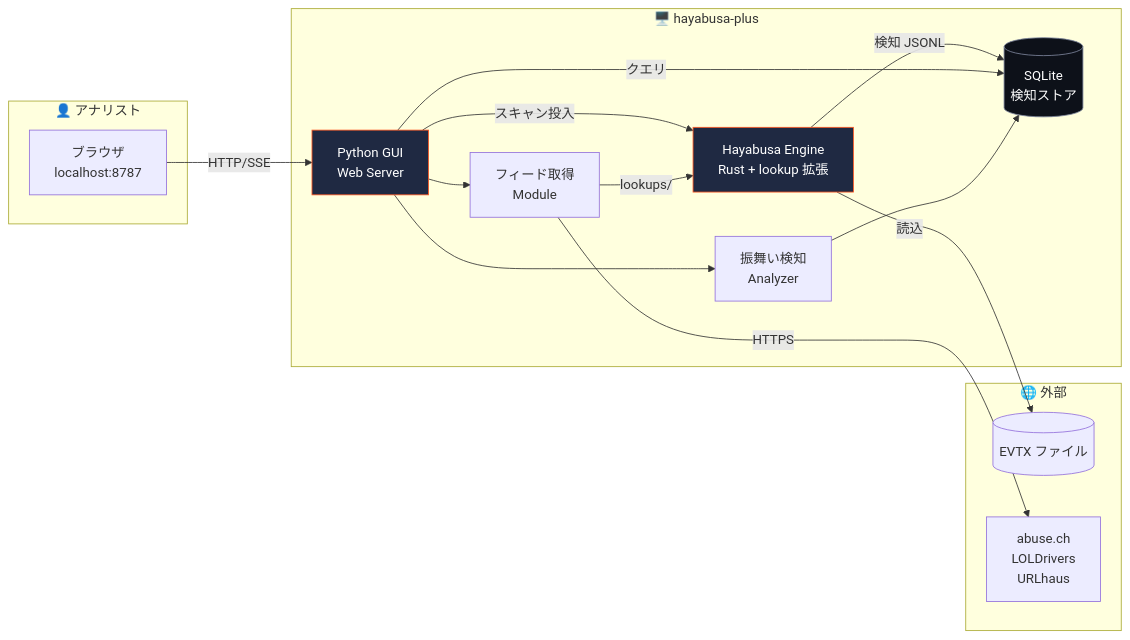
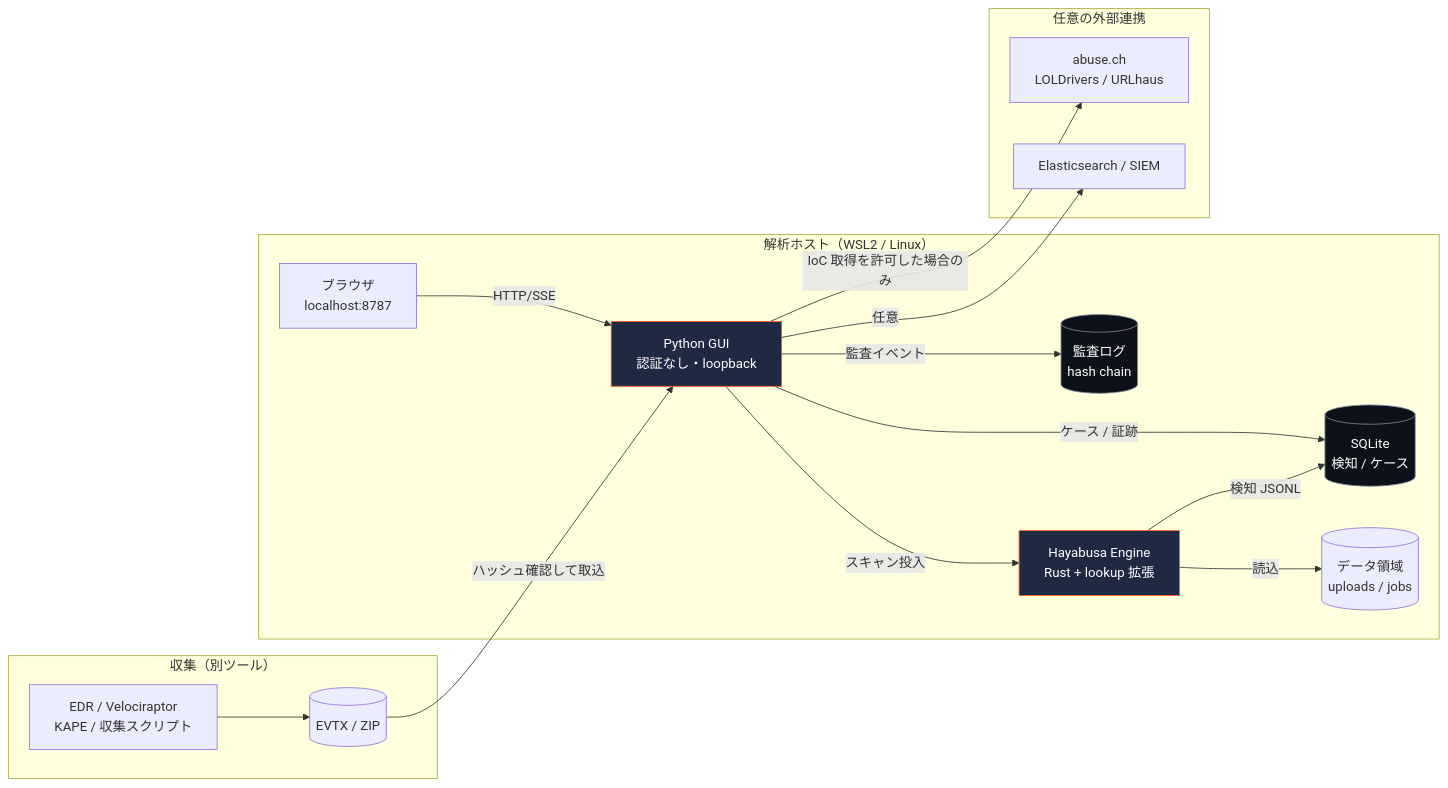
One commit to Assy2005/hayabusa-plus changed the diagram in README.md. Above: the diagram before and after it, drawn with Mermaid. The commit also changed other lines of this file and 116 other files, not shown here.

````diff
--- a/README.md
+++ b/README.md
@@ -98,34 +130,37 @@
 ```mermaid
 flowchart LR
-    subgraph User["👤 アナリスト"]
-        Browser[ブラウザ<br/>localhost:8787]
+    subgraph Collect["収集（別ツール）"]
+        EDR[EDR / Velociraptor<br/>KAPE / 収集スクリプト]
+        EVTX[(EVTX / ZIP)]
     end
 
-    subgraph App["🖥️ hayabusa-plus"]
-        GUI[Python GUI<br/>Web Server]
-        Store[(SQLite<br/>検知ストア)]
+    subgraph Host["解析ホスト（WSL2 / Linux）"]
+        Browser[ブラウザ<br/>localhost:8787]
+        GUI[Python GUI<br/>認証なし・loopback]
+        Store[(SQLite<br/>検知 / ケース)]
+        Audit[(監査ログ<br/>hash chain)]
         Engine[Hayabusa Engine<br/>Rust + lookup 拡張]
-        Behavioral[振舞い検知<br/>Analyzer]
-        FeedFetch[フィード取得<br/>Module]
+        Data[(データ領域<br/>uploads / jobs)]
     end
 
-    subgraph External["🌐 外部"]
-        EVTX[(EVTX ファイル)]
-        Feeds[abuse.ch<br/>LOLDrivers<br/>URLhaus]
+    subgraph External["任意の外部連携"]
+        Feeds[abuse.ch<br/>LOLDrivers / URLhaus]
+        Elastic[Elasticsearch / SIEM]
     end
 
+    EDR --> EVTX
+    EVTX -->|ハッシュ確認して取込| GUI
     Browser -->|HTTP/SSE| GUI
     GUI -->|スキャン投入| Engine
-    Engine -->|読込| EVTX
+    Engine -->|読込| Data
     Engine -->|検知 JSONL| Store
-    GUI -->|クエリ| Store
-    GUI --> Behavioral
-    Behavioral --> Store
-    GUI --> FeedFetch
-    FeedFetch -->|HTTPS| Feeds
-    FeedFetch -->|lookups/| Engine
+    GUI -->|ケース / 証跡| Store
+    GUI -->|監査イベント| Audit
+    GUI -->|任意| Elastic
+    GUI -->|IoC 取得を許可した場合のみ| Feeds
 
     style Engine fill:#1f2942,stroke:#ff5722,color:#fff
     style Store fill:#0d1119,stroke:#7d869c,color:#fff
+    style Audit fill:#0d1119,stroke:#7d869c,color:#fff
     style GUI fill:#1f2942,stroke:#ff5722,color:#fff
 ```
````
